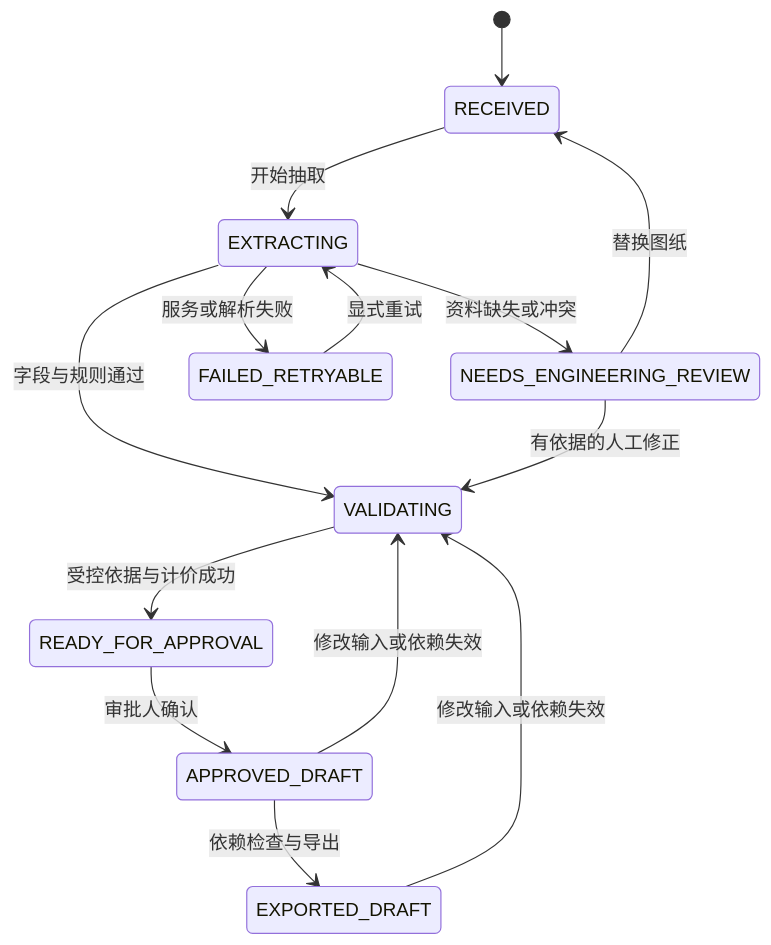
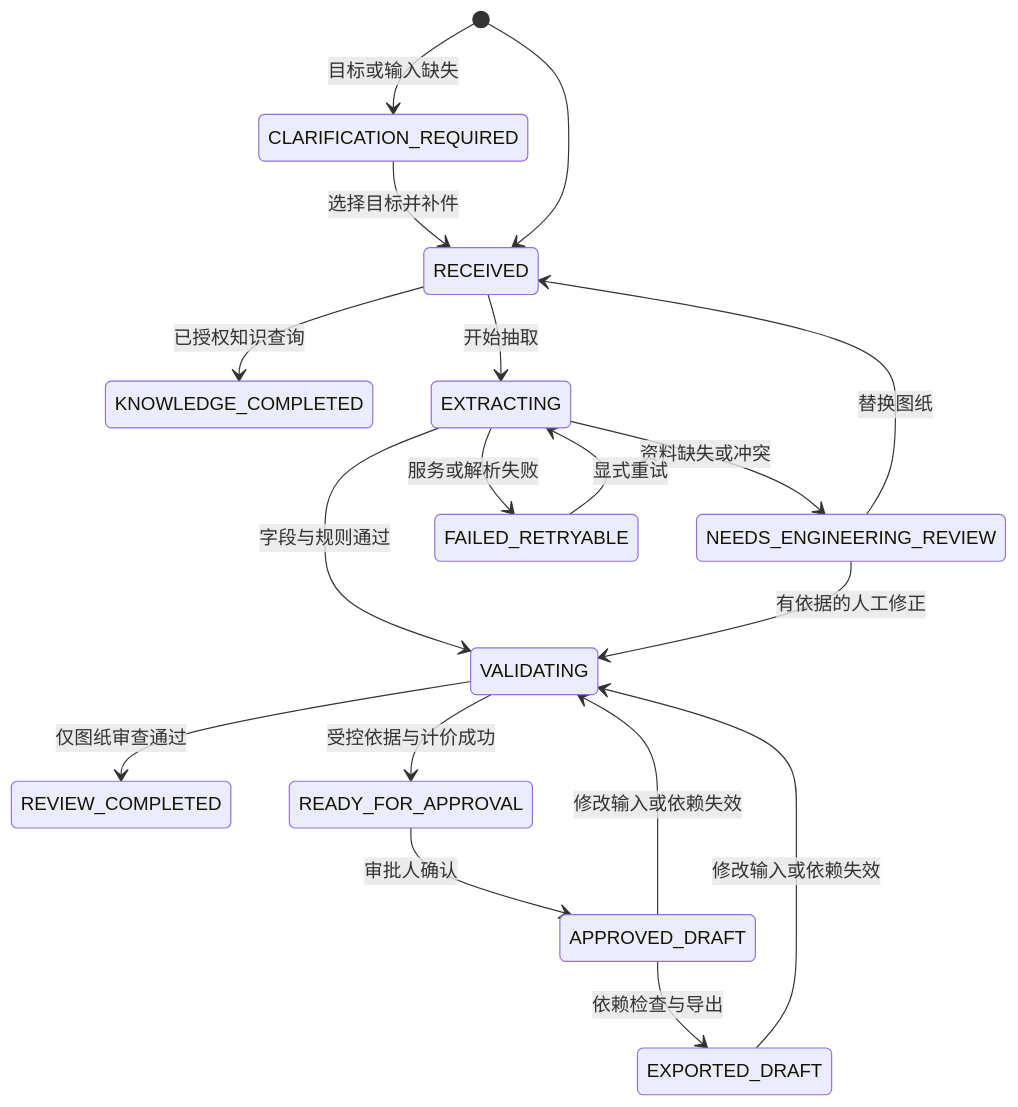
The sixth of 7 diagrams in IndustrialMindAI-项目手册.md (Wanjin5508/IndustrialMind), drawn with Mermaid before and after one commit. The commit also changed other lines of this file and 27 other files, not shown here.

````diff
--- a/IndustrialMindAI-项目手册.md
+++ b/IndustrialMindAI-项目手册.md
@@ -283,16 +293,20 @@
 ```mermaid
 stateDiagram-v2
+  [*] --> CLARIFICATION_REQUIRED: 目标或输入缺失
+  CLARIFICATION_REQUIRED --> RECEIVED: 选择目标并补件
   [*] --> RECEIVED
+  RECEIVED --> KNOWLEDGE_COMPLETED: 已授权知识查询
+  VALIDATING --> REVIEW_COMPLETED: 仅图纸审查通过
   RECEIVED --> EXTRACTING: 开始抽取
   EXTRACTING --> VALIDATING: 字段与规则通过
   EXTRACTING --> NEEDS_ENGINEERING_REVIEW: 资料缺失或冲突
   EXTRACTING --> FAILED_RETRYABLE: 服务或解析失败
   FAILED_RETRYABLE --> EXTRACTING: 显式重试
   NEEDS_ENGINEERING_REVIEW --> VALIDATING: 有依据的人工修正
   NEEDS_ENGINEERING_REVIEW --> RECEIVED: 替换图纸
   VALIDATING --> READY_FOR_APPROVAL: 受控依据与计价成功
   READY_FOR_APPROVAL --> APPROVED_DRAFT: 审批人确认
   APPROVED_DRAFT --> EXPORTED_DRAFT: 依赖检查与导出
   EXPORTED_DRAFT --> VALIDATING: 修改输入或依赖失效
   APPROVED_DRAFT --> VALIDATING: 修改输入或依赖失效
 ```
````
